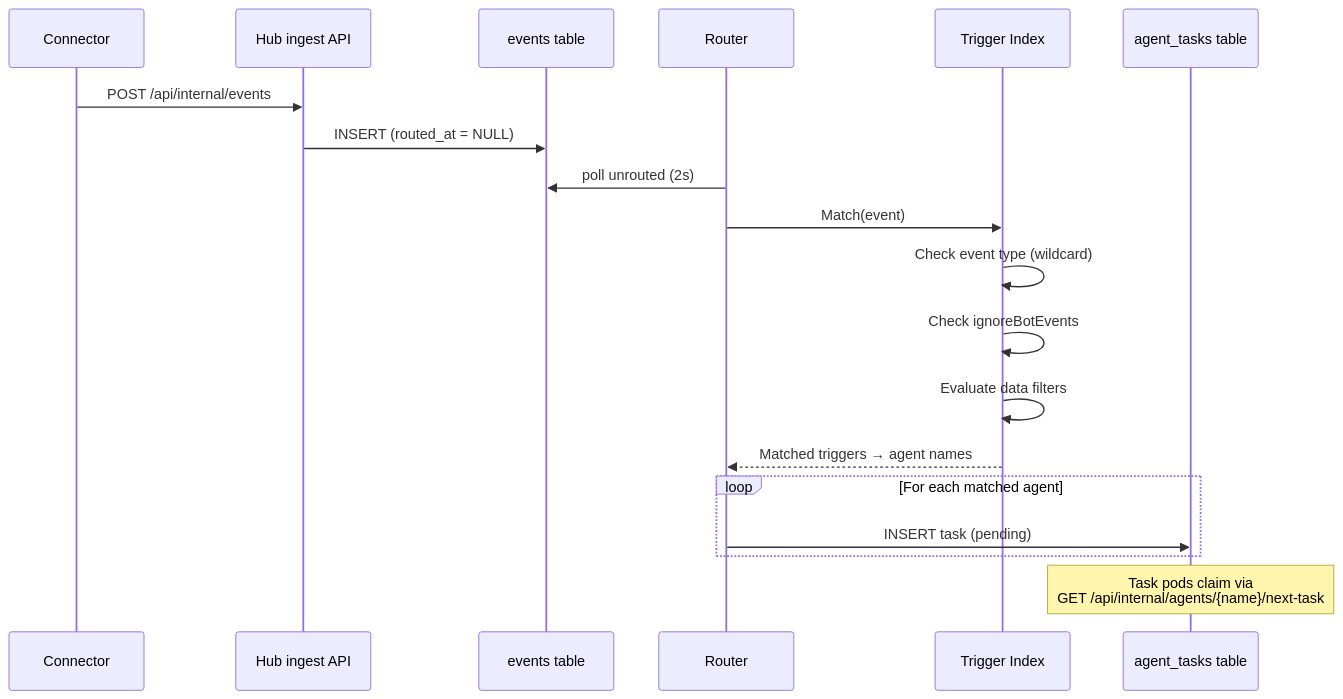
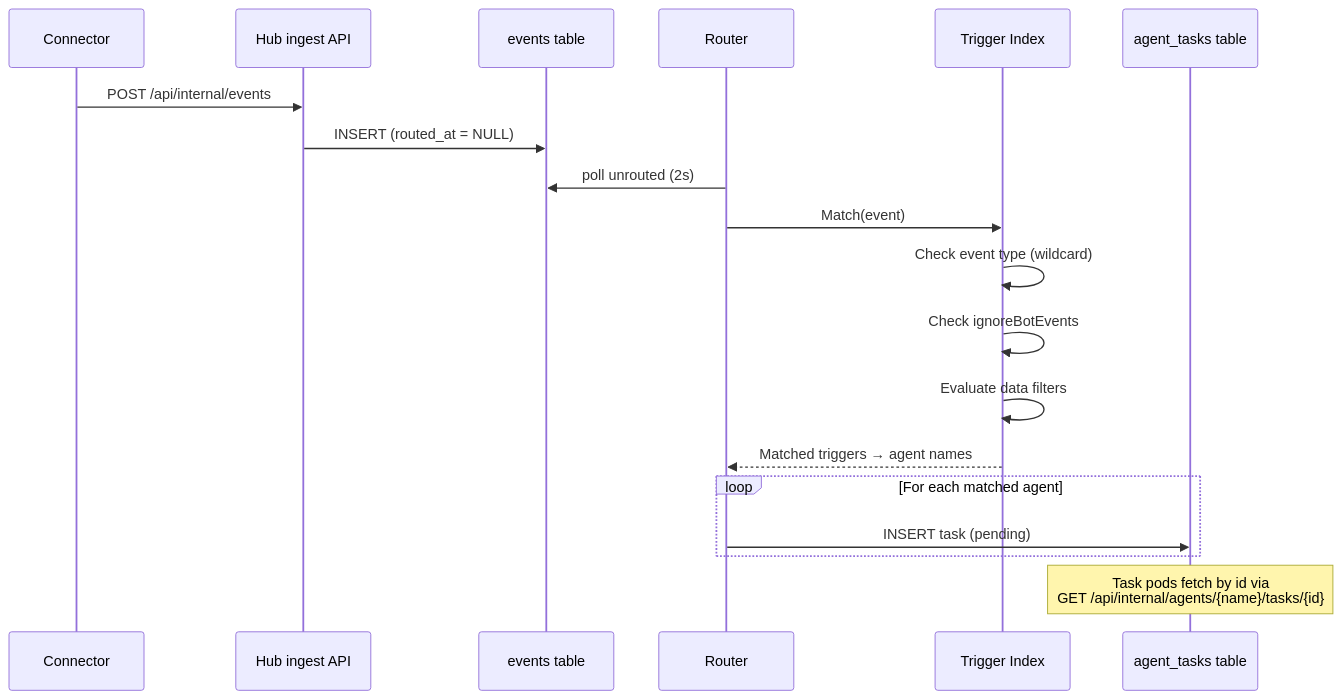
The second of 4 diagrams in services/hub/docs/architecture.md (ainsel-project/ainsel), drawn with Mermaid before and after one commit. The commit also changed other lines of this file and 27 other files, not shown here.

First line of the commit message:
refactor(hub)!: retire the next-task long-poll and claim chain

````diff
--- a/services/hub/docs/architecture.md
+++ b/services/hub/docs/architecture.md
@@ -40,22 +40,22 @@
 ```mermaid
 sequenceDiagram
     participant C as Connector
     participant API as Hub ingest API
     participant E as events table
     participant R as Router
     participant TI as Trigger Index
     participant T as agent_tasks table
 
     C->>API: POST /api/internal/events
     API->>E: INSERT (routed_at = NULL)
     R->>E: poll unrouted (2s)
     R->>TI: Match(event)
     TI->>TI: Check event type (wildcard)
     TI->>TI: Check ignoreBotEvents
     TI->>TI: Evaluate data filters
     TI-->>R: Matched triggers → agent names
     loop For each matched agent
         R->>T: INSERT task (pending)
     end
-    Note over T: Task pods claim via<br/>GET /api/internal/agents/{name}/next-task
+    Note over T: Task pods fetch by id via<br/>GET /api/internal/agents/{name}/tasks/{id}
 ```
````
